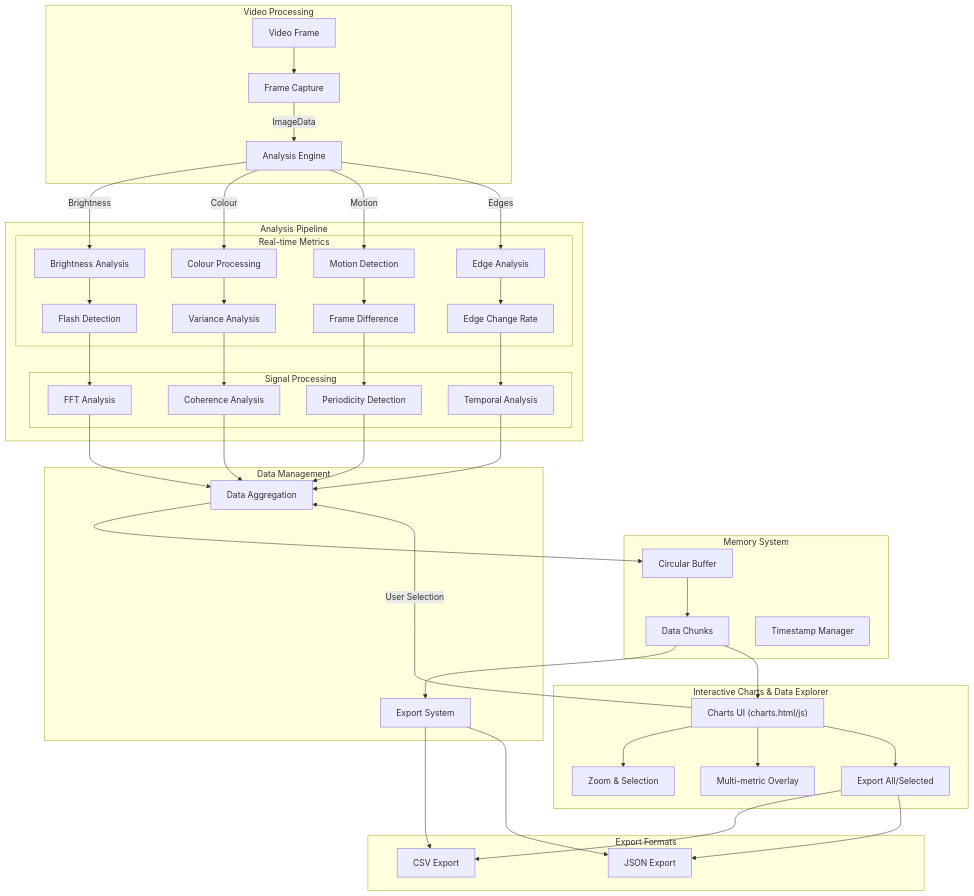
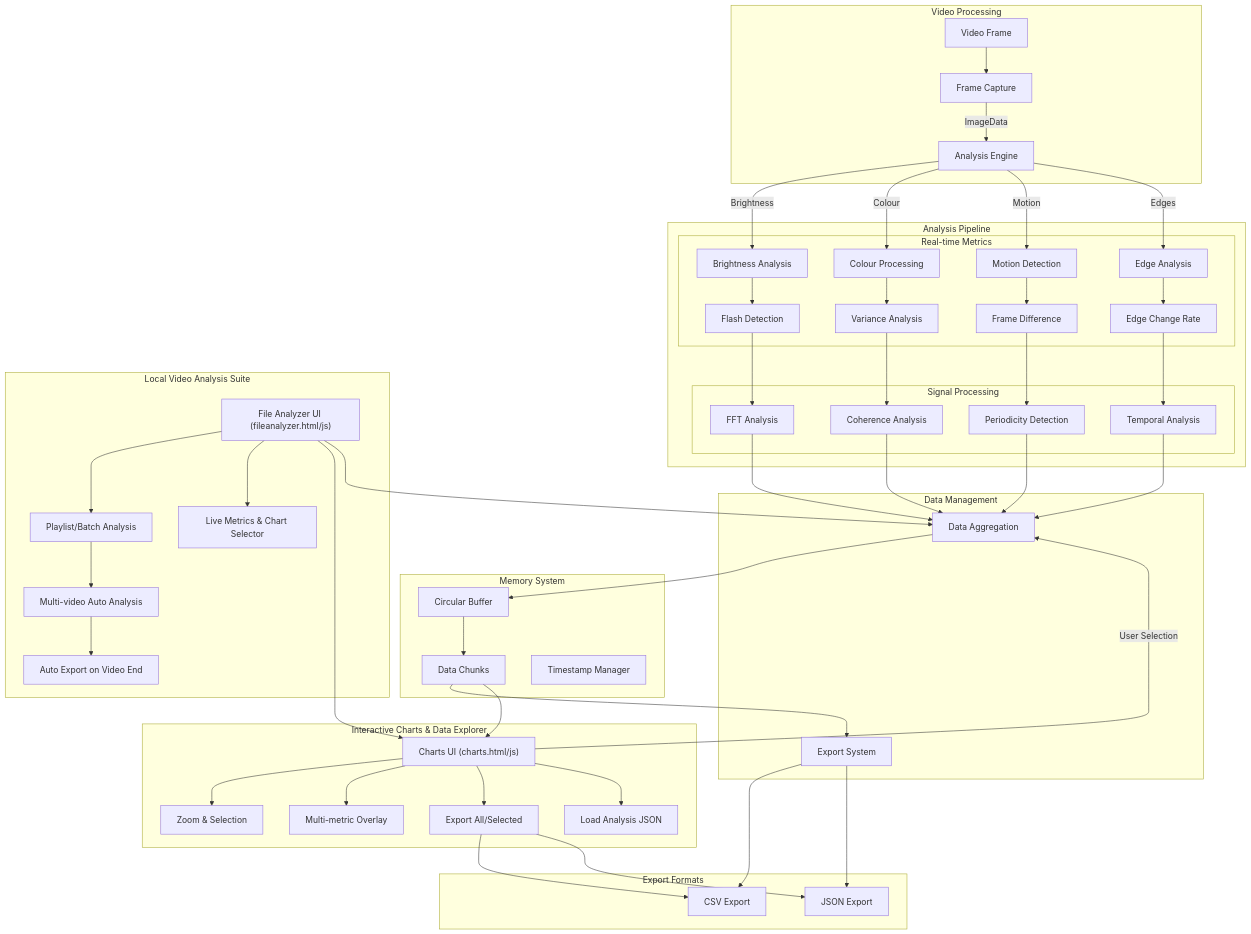
Before and after one commit to Pi-0r-Tau/EPI-LENS: the first of 2 diagrams in README.md, drawn with Mermaid. The commit also changed other lines of this file, not shown here.

Commit message:
Offline video analysis documentation

````diff
--- a/README.md
+++ b/README.md
@@ -250,61 +254,82 @@
 ```mermaid
 graph TB
     subgraph Video Processing
         VID[Video Frame] --> CAP[Frame Capture]
         CAP --> |ImageData| ANA[Analysis Engine]
     end
 
     subgraph Memory System
         BUF[Circular Buffer]
         CHK[Data Chunks]
         TST[Timestamp Manager]
     end
 
     subgraph Analysis Pipeline
         ANA --> |Brightness| BRI[Brightness Analysis]
         ANA --> |Colour| COL[Colour Processing]
         ANA --> |Motion| MOT[Motion Detection]
         ANA --> |Edges| EDG[Edge Analysis]
+        
 
         subgraph Real-time Metrics
             BRI --> FLA[Flash Detection]
             COL --> VAR[Variance Analysis]
             MOT --> DIF[Frame Difference]
             EDG --> CHG[Edge Change Rate]
+            
         end
 
         subgraph Signal Processing
             FLA --> FFT[FFT Analysis]
             VAR --> COH[Coherence Analysis]
             DIF --> PER[Periodicity Detection]
             CHG --> TMP[Temporal Analysis]
+            
         end
     end
 
     subgraph Data Management
-        FFT & COH & PER & TMP --> AGG[Data Aggregation]
+        FFT & COH & PER & TMP  --> AGG[Data Aggregation]
         AGG --> BUF
         BUF --> CHK
         CHK --> EXP[Export System]
     end
 
     subgraph Export Formats
         EXP --> CSV[CSV Export]
         EXP --> JSN[JSON Export]
+        
     end
 
     subgraph Interactive_Charts [Interactive Charts & Data Explorer]
         CHARTS["Charts UI (charts.html/js)"]
         ZOOM["Zoom & Selection"]
         MULTI["Multi-metric Overlay"]
         EXPORT["Export All/Selected"]
+        LOADJSON["Load Analysis JSON"]
         CHARTS --> ZOOM
         CHARTS --> MULTI
         CHARTS --> EXPORT
+        CHARTS --> LOADJSON
         EXPORT --> CSV
         EXPORT --> JSN
+        
+    end
+
+    subgraph Local_Analysis [Local Video Analysis Suite]
+        FILEUI["File Analyzer UI (fileanalyzer.html/js)"]
+        PLAYLIST["Playlist/Batch Analysis"]
+        LIVECHART["Live Metrics & Chart Selector"]
+        MULTIVIDEO["Multi-video Auto Analysis"]
+        FILEEXPORT["Auto Export on Video End"]
+        FILEUI --> PLAYLIST
+        FILEUI --> LIVECHART
+        PLAYLIST --> MULTIVIDEO
+        MULTIVIDEO --> FILEEXPORT
+        FILEUI --> CHARTS
     end
 
     CHK --> CHARTS
     CHARTS -->|User Selection| AGG
+    FILEUI --> AGG
 ```
````
